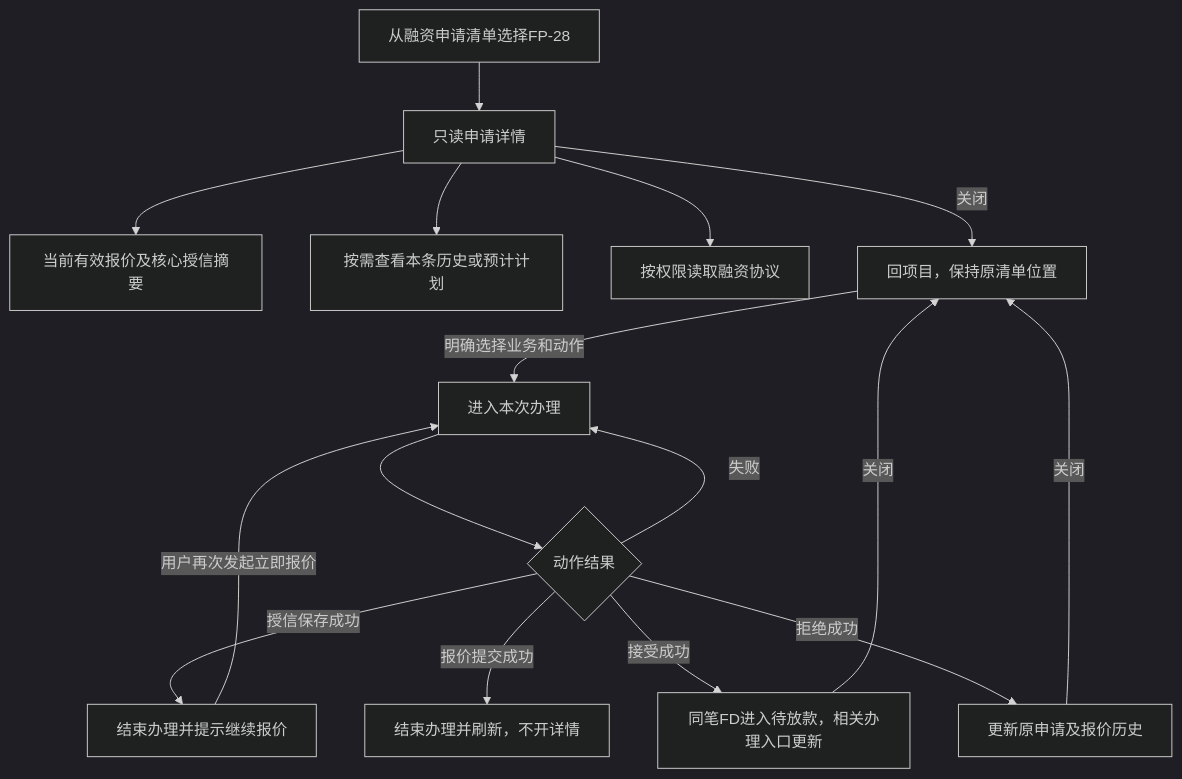
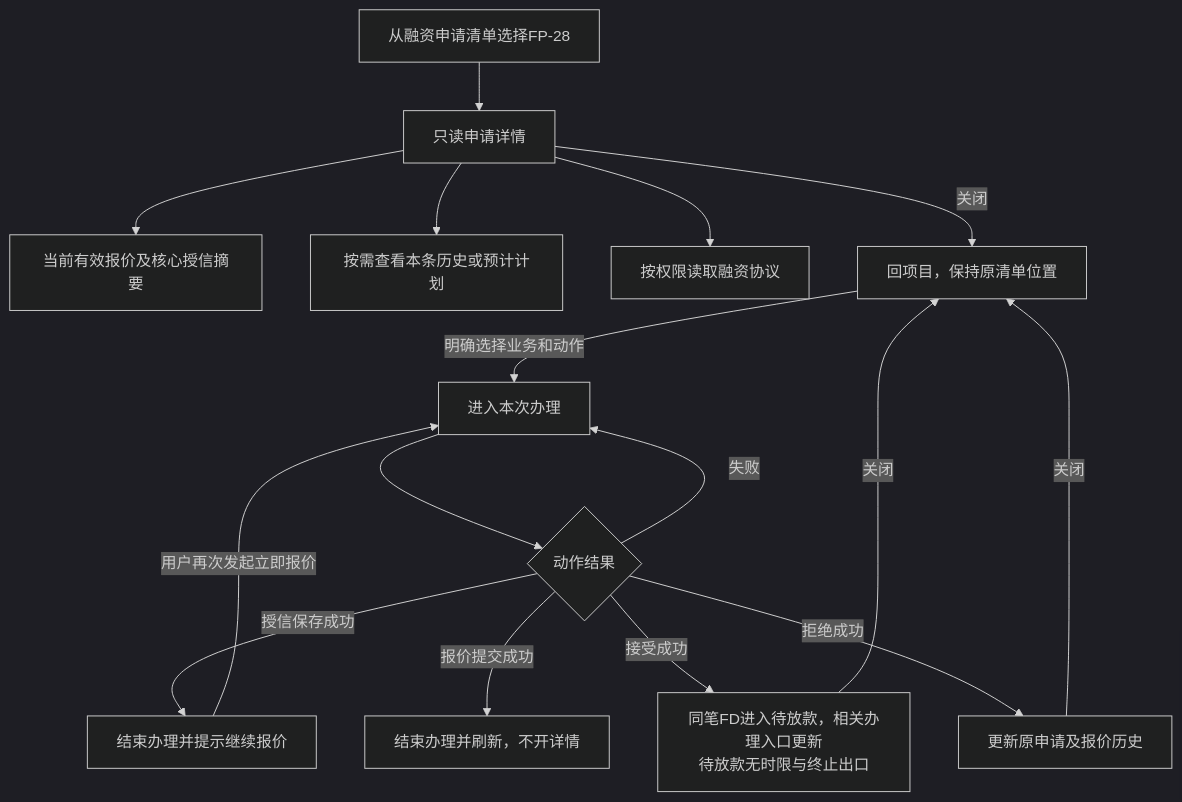
One commit to wxblockchain/Chain-Financing changed the fifth of 8 diagrams in lending-platform/PRD/v1.0-借贷广场-授信报价与接受拒绝/02-授信报价与接受拒绝-流程图与状态机.md. Above: the diagram before and after it, drawn with Mermaid (dark theme). The commit also changed other lines of this file and 5 other files, not shown here.

````diff
--- a/lending-platform/PRD/v1.0-借贷广场-授信报价与接受拒绝/02-授信报价与接受拒绝-流程图与状态机.md
+++ b/lending-platform/PRD/v1.0-借贷广场-授信报价与接受拒绝/02-授信报价与接受拒绝-流程图与状态机.md
@@ -117,18 +114,18 @@
 ```mermaid
 flowchart TD
   A[从融资申请清单选择FP-28] --> B[只读申请详情]
   B --> C[当前有效报价及核心授信摘要]
   B --> D[按需查看本条历史或预计计划]
   B --> E[按权限读取融资协议]
   B -->|关闭| P[回项目，保持原清单位置]
   P -->|明确选择业务和动作| Q[进入本次办理]
   Q --> R{动作结果}
   R -->|授信保存成功| S[结束办理并提示继续报价]
   R -->|报价提交成功| T[结束办理并刷新，不开详情]
-  R -->|接受成功| U[同笔FD进入待放款，相关办理入口更新]
+  R -->|接受成功| U[同笔FD进入待放款，相关办理入口更新<br/>待放款无时限与终止出口]
   R -->|拒绝成功| V[更新原申请及报价历史]
   R -->|失败| Q
   S -->|用户再次发起立即报价| Q
   U -->|关闭| P
   V -->|关闭| P
 ```
````
